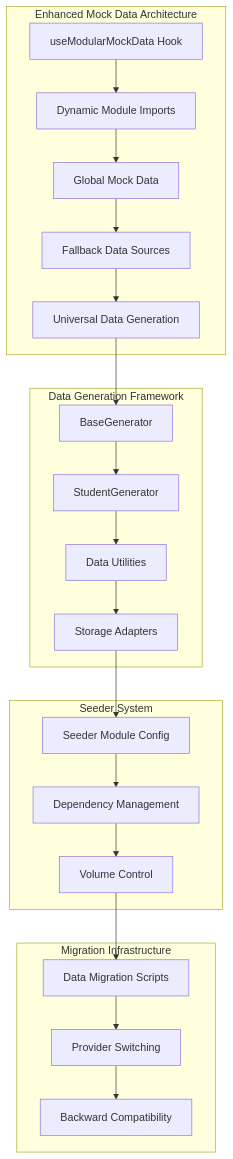
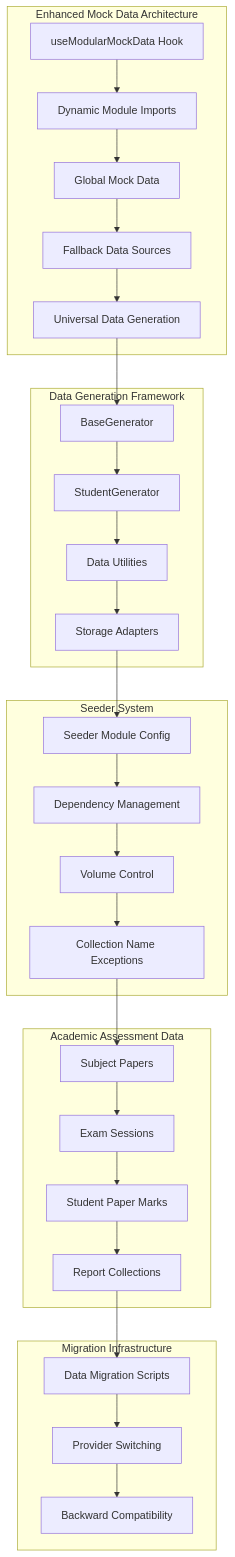
Before and after one commit to geniusdynamics/schoolpilot: the first of 4 diagrams in .qoder/repowiki/en/content/Mock Data Dev Guide.md, drawn with Mermaid. The commit also changed other lines of this file and 54 other files, not shown here.

First line of the commit message:
Comprehensive update: RBAC enhancements, data migration cleanup, UI components, and documentation refresh

````diff
--- a/.qoder/repowiki/en/content/Mock Data Dev Guide.md
+++ b/.qoder/repowiki/en/content/Mock Data Dev Guide.md
@@ -53,40 +59,52 @@
 ```mermaid
 graph TB
 subgraph "Enhanced Mock Data Architecture"
 A["useModularMockData Hook"]
 B["Dynamic Module Imports"]
 C["Global Mock Data"]
 D["Fallback Data Sources"]
 E["Universal Data Generation"]
 end
 subgraph "Data Generation Framework"
 F["BaseGenerator"]
 G["StudentGenerator"]
 H["Data Utilities"]
 I["Storage Adapters"]
 end
 subgraph "Seeder System"
 J["Seeder Module Config"]
 K["Dependency Management"]
 L["Volume Control"]
+M["Collection Name Exceptions"]
+end
+subgraph "Academic Assessment Data"
+N["Subject Papers"]
+O["Exam Sessions"]
+P["Student Paper Marks"]
+Q["Report Collections"]
 end
 subgraph "Migration Infrastructure"
-M["Data Migration Scripts"]
-N["Provider Switching"]
-O["Backward Compatibility"]
+R["Data Migration Scripts"]
+S["Provider Switching"]
+T["Backward Compatibility"]
 end
 A --> B
 B --> C
 C --> D
 D --> E
 E --> F
 F --> G
 G --> H
 H --> I
 I --> J
 J --> K
 K --> L
 L --> M
 M --> N
 N --> O
+O --> P
+P --> Q
+Q --> R
+R --> S
+S --> T
 ```
````
